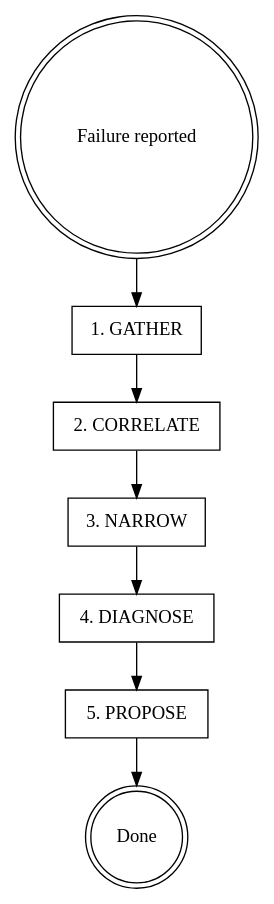
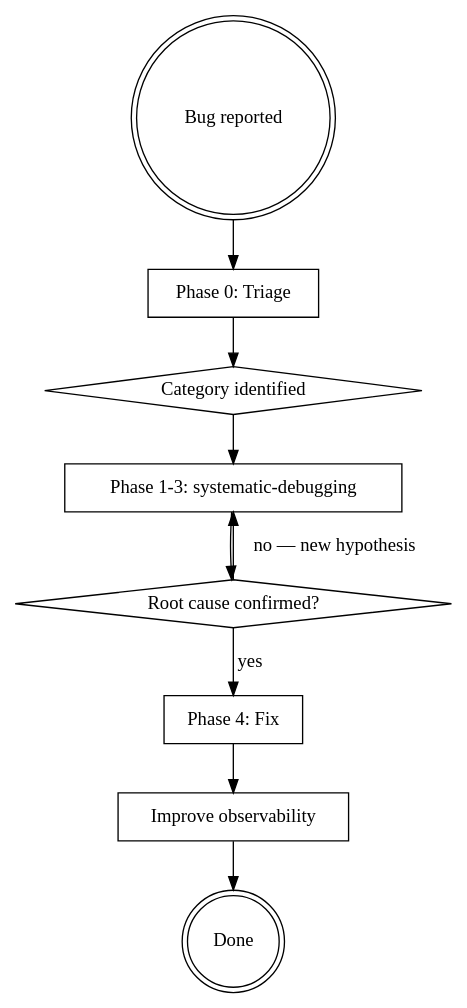
The diagram in .claude/skills/debugger/SKILL.md (Kevcheezy/tiktok-creator-app), drawn with Graphviz before and after one commit. The commit also changed other lines of this file, not shown here.

Commit message:
feat: rewrite debugger skill for backend engineer with observability toolkit

````diff
--- a/.claude/skills/debugger/SKILL.md
+++ b/.claude/skills/debugger/SKILL.md
@@ -12,18 +24,21 @@
 ```dot
 digraph debug_workflow {
-    "Failure reported" [shape=doublecircle];
-    "1. GATHER" [shape=box];
-    "2. CORRELATE" [shape=box];
-    "3. NARROW" [shape=box];
-    "4. DIAGNOSE" [shape=box];
-    "5. PROPOSE" [shape=box];
+    "Bug reported" [shape=doublecircle];
+    "Phase 0: Triage" [shape=box];
+    "Category identified" [shape=diamond];
+    "Phase 1-3: systematic-debugging" [shape=box];
+    "Root cause confirmed?" [shape=diamond];
+    "Phase 4: Fix" [shape=box];
+    "Improve observability" [shape=box];
     "Done" [shape=doublecircle];
 
-    "Failure reported" -> "1. GATHER";
-    "1. GATHER" -> "2. CORRELATE";
-    "2. CORRELATE" -> "3. NARROW";
-    "3. NARROW" -> "4. DIAGNOSE";
-    "4. DIAGNOSE" -> "5. PROPOSE";
-    "5. PROPOSE" -> "Done";
+    "Bug reported" -> "Phase 0: Triage";
+    "Phase 0: Triage" -> "Category identified";
+    "Category identified" -> "Phase 1-3: systematic-debugging";
+    "Phase 1-3: systematic-debugging" -> "Root cause confirmed?";
+    "Root cause confirmed?" -> "Phase 1-3: systematic-debugging" [label="no — new hypothesis"];
+    "Root cause confirmed?" -> "Phase 4: Fix" [label="yes"];
+    "Phase 4: Fix" -> "Improve observability";
+    "Improve observability" -> "Done";
 }
 ```
````
